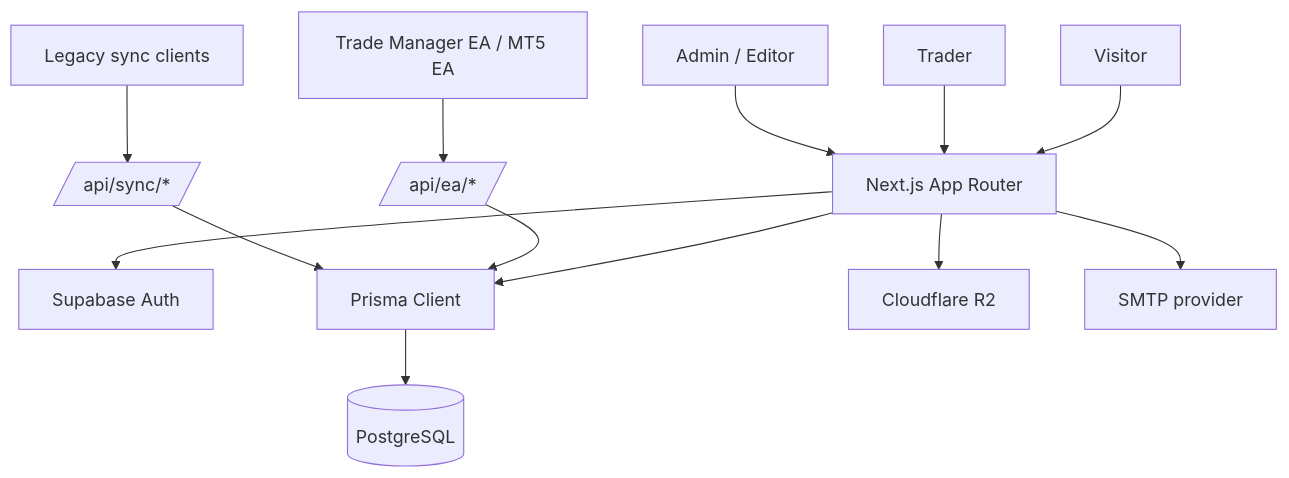
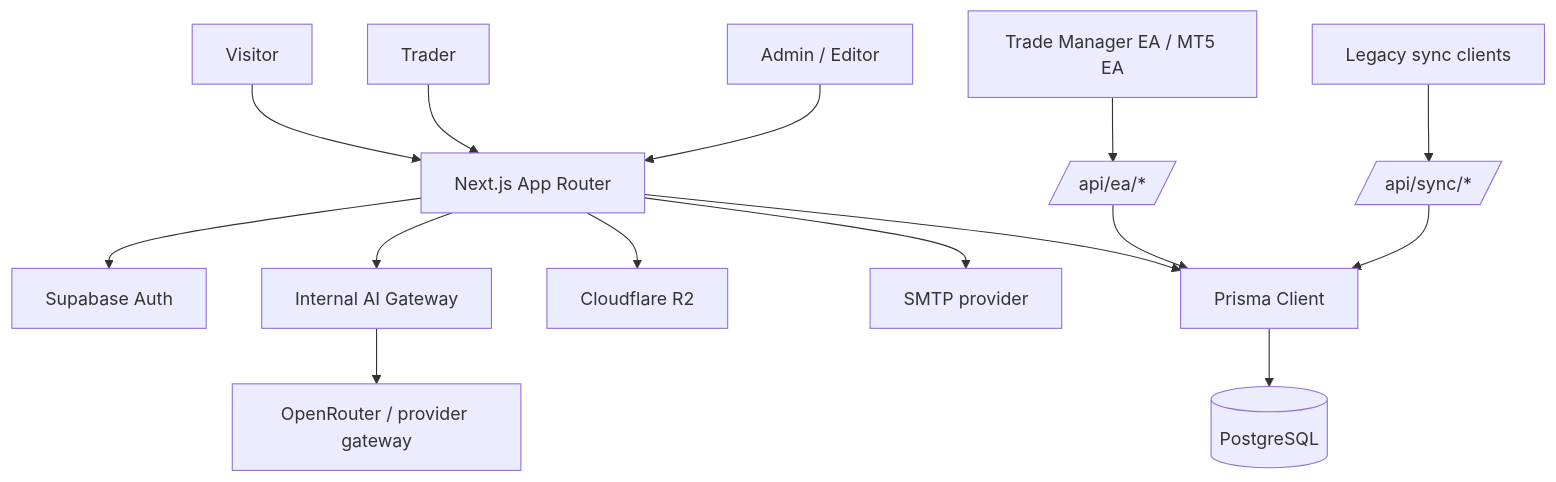
One commit to nguyenndn/thenexttrade changed the diagram in docs/SYSTEM.md. Above: the diagram before and after it, drawn with Mermaid. The commit also changed other lines of this file and 150 other files, not shown here.

````diff
--- a/docs/SYSTEM.md
+++ b/docs/SYSTEM.md
@@ -22,15 +22,17 @@
 ```mermaid
 flowchart TD
   Visitor[Visitor] --> App[Next.js App Router]
   Trader[Trader] --> App
   Admin[Admin / Editor] --> App
   App --> Supabase[Supabase Auth]
   App --> Prisma[Prisma Client]
   Prisma --> Postgres[(PostgreSQL)]
   App --> R2[Cloudflare R2]
   App --> SMTP[SMTP provider]
+  App --> InternalAI[Internal AI Gateway]
+  InternalAI --> OpenRouter[OpenRouter / provider gateway]
   EA[Trade Manager EA / MT5 EA] --> EaApi[/api/ea/*/]
   LegacySync[Legacy sync clients] --> SyncApi[/api/sync/*/]
   EaApi --> Prisma
   SyncApi --> Prisma
 ```
````
